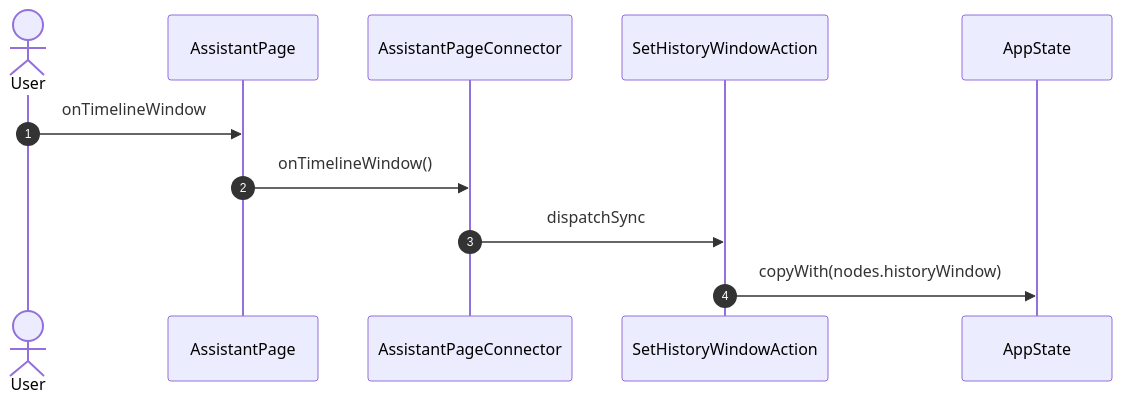
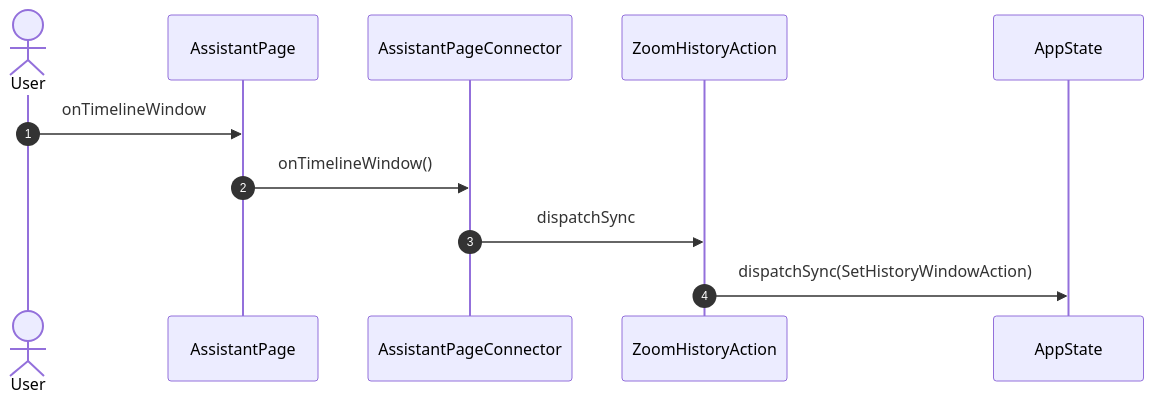
Before and after one commit to gencto/wyrm: the eighth of 23 diagrams in studio/docs/flows/assistant.md, drawn with Mermaid. The commit also changed other lines of this file and 20 other files, not shown here.

````diff
--- a/studio/docs/flows/assistant.md
+++ b/studio/docs/flows/assistant.md
@@ -161,14 +161,14 @@
 ```mermaid
 sequenceDiagram
     autonumber
     actor User
     participant UI as AssistantPage
     participant VM as AssistantPageConnector
-    participant A1 as SetHistoryWindowAction
+    participant A1 as ZoomHistoryAction
     participant ST as AppState
 
     User->>UI: onTimelineWindow
     UI->>VM: onTimelineWindow()
     VM->>A1: dispatchSync
-    A1->>ST: copyWith(nodes.historyWindow)
+    A1->>ST: dispatchSync(SetHistoryWindowAction)
 ```
````
